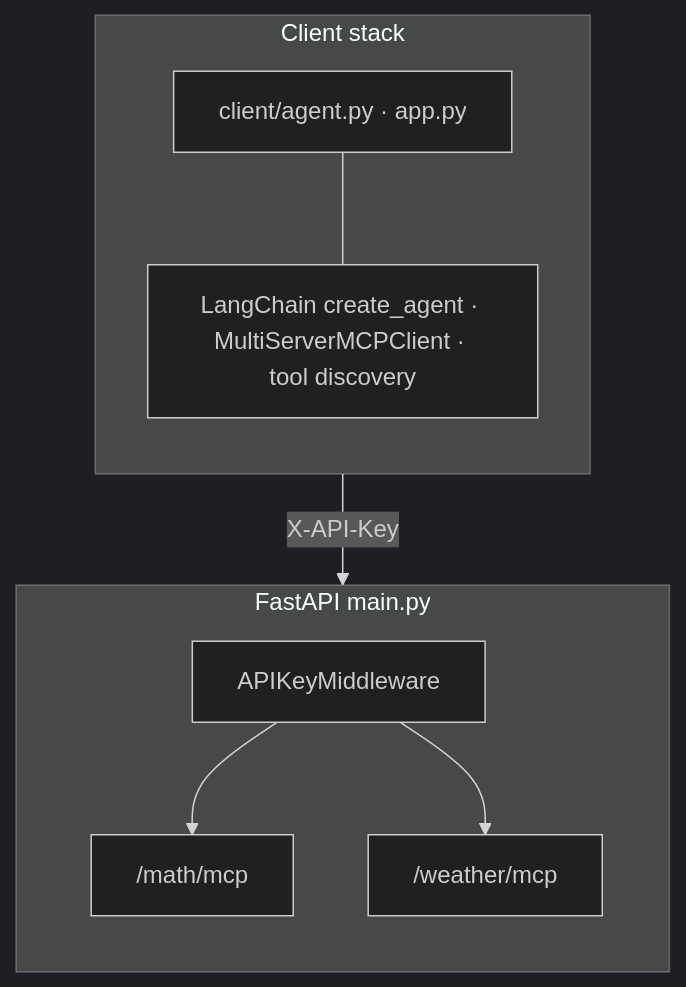
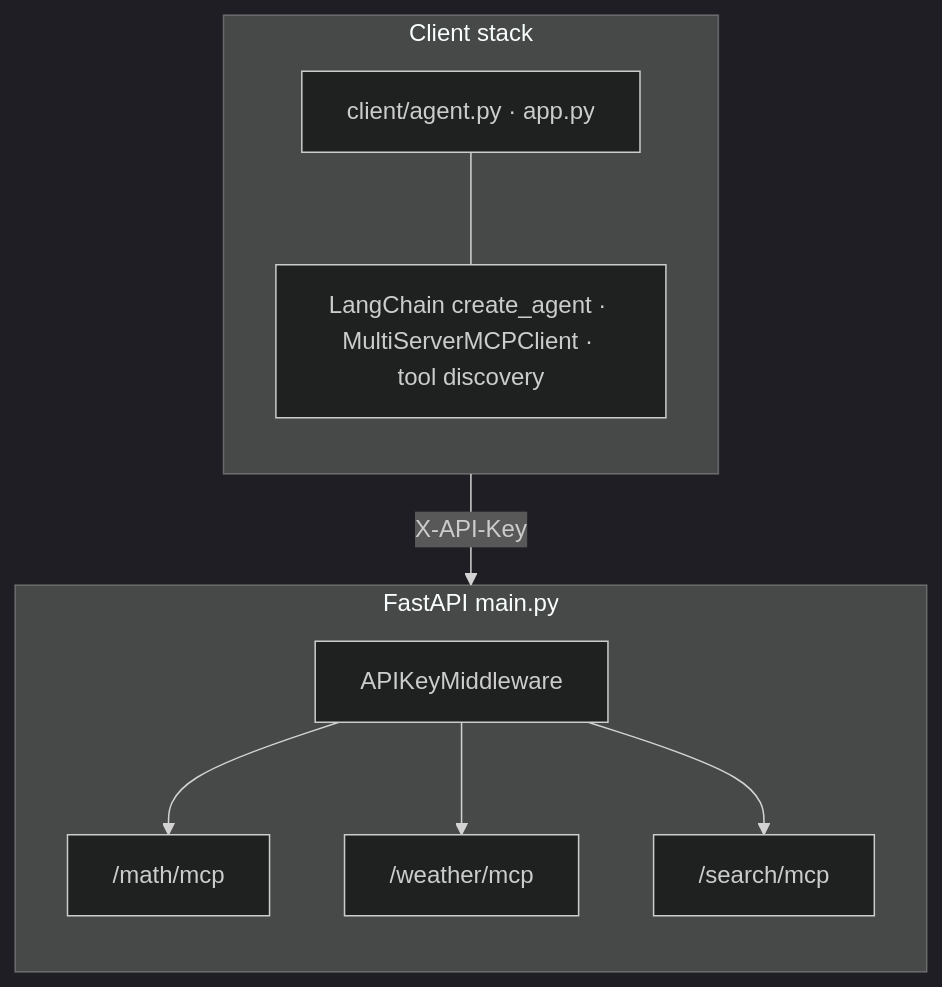
One commit to reddybharat/custom-mcp-server changed the diagram in README.md. Above: the diagram before and after it, drawn with Mermaid (dark theme). The commit also changed other lines of this file and 5 other files, not shown here.

First line of the commit message:
Add web_search MCP mount and make get_weather async

````diff
--- a/README.md
+++ b/README.md
@@ -35,39 +35,43 @@
 ```mermaid
 
 flowchart TB
 
     subgraph cli["Client stack"]
 
         direction TB
 
         c_title["client/agent.py · app.py"]
 
         c_detail["LangChain create_agent · MultiServerMCPClient · tool discovery"]
 
         c_title --- c_detail
 
     end
 
 
 
     subgraph api["FastAPI main.py"]
 
         direction TB
 
         mw["APIKeyMiddleware"]
 
         math_m["/math/mcp"]
 
         wx_m["/weather/mcp"]
 
+        search_m["/search/mcp"]
+
         mw --> math_m
 
         mw --> wx_m
+
+        mw --> search_m
 
     end
 
 
 
     c_detail -->|X-API-Key| mw
 
 ```
````
